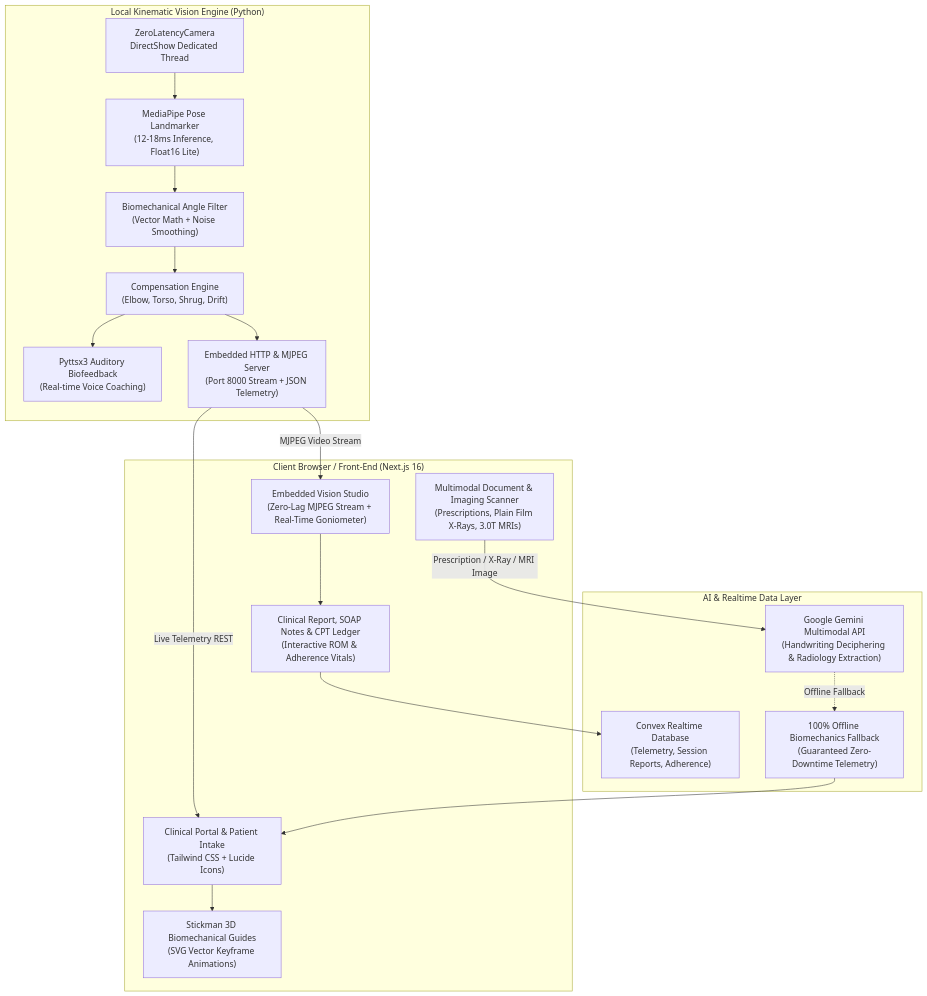
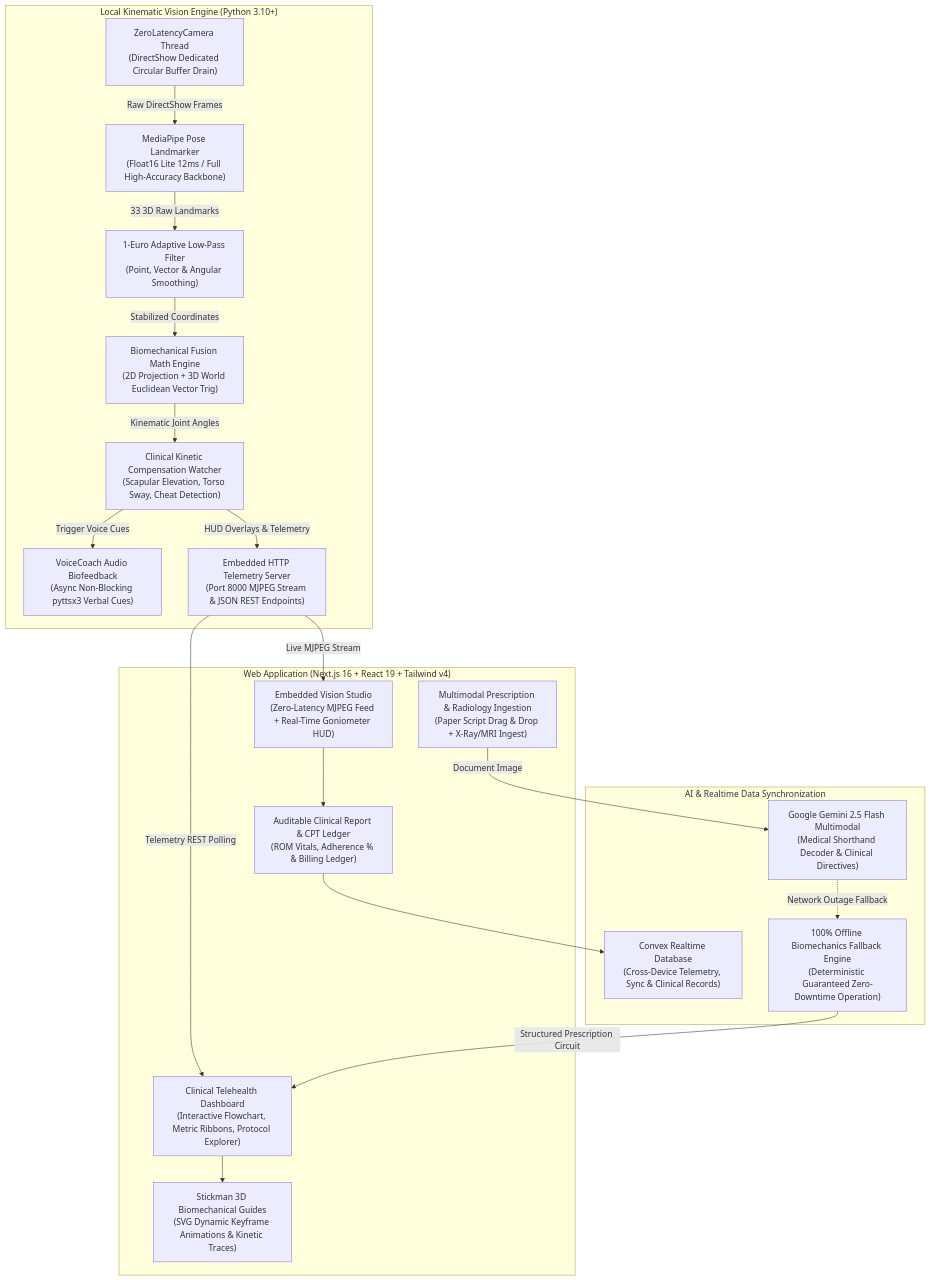
One commit to mritunjay226/PhysioPulse-AI changed the diagram in README.md. Above: the diagram before and after it, drawn with Mermaid. The commit also changed other lines of this file and 42 other files, not shown here.

````diff
--- a/README.md
+++ b/README.md
@@ -29,37 +50,43 @@
 ```mermaid
 flowchart TD
-    subgraph Client ["Client Browser / Front-End (Next.js 16)"]
-        UI["Clinical Portal & Patient Intake\n(Tailwind CSS + Lucide Icons)"]
-        Scanner["Multimodal Document & Imaging Scanner\n(Prescriptions, Plain Film X-Rays, 3.0T MRIs)"]
-        Studio["Embedded Vision Studio\n(Zero-Lag MJPEG Stream + Real-Time Goniometer)"]
-        Stickman["Stickman 3D Biomechanical Guides\n(SVG Vector Keyframe Animations)"]
-        ReportUI["Clinical Report, SOAP Notes & CPT Ledger\n(Interactive ROM & Adherence Vitals)"]
+    subgraph Browser ["Web Application (Next.js 16 + React 19 + Tailwind v4)"]
+        UI["Clinical Telehealth Dashboard\n(Interactive Flowchart, Metric Ribbons, Protocol Explorer)"]
+        OCR["Multimodal Prescription & Radiology Ingestion\n(Paper Script Drag & Drop + X-Ray/MRI Ingest)"]
+        Studio["Embedded Vision Studio\n(Zero-Latency MJPEG Feed + Real-Time Goniometer HUD)"]
+        Stickman["Stickman 3D Biomechanical Guides\n(SVG Dynamic Keyframe Animations & Kinetic Traces)"]
+        Report["Auditable Clinical Report & CPT Ledger\n(ROM Vitals, Adherence % & Billing Ledger)"]
     end
 
-    subgraph Core ["Local Kinematic Vision Engine (Python)"]
-        Cam["ZeroLatencyCamera\nDirectShow Dedicated Thread"]
-        Pose["MediaPipe Pose Landmarker\n(12-18ms Inference, Float16 Lite)"]
-        Signal["Biomechanical Angle Filter\n(Vector Math + Noise Smoothing)"]
-        Comp["Compensation Engine\n(Elbow, Torso, Shrug, Drift)"]
-        TTS["Pyttsx3 Auditory Biofeedback\n(Real-time Voice Coaching)"]
-        HTTPServer["Embedded HTTP & MJPEG Server\n(Port 8000 Stream + JSON Telemetry)"]
+    subgraph Core ["Local Kinematic Vision Engine (Python 3.10+)"]
+        Cam["ZeroLatencyCamera Thread\n(DirectShow Dedicated Circular Buffer Drain)"]
+        MediaPipe["MediaPipe Pose Landmarker\n(Float16 Lite 12ms / Full High-Accuracy Backbone)"]
+        OneEuro["1-Euro Adaptive Low-Pass Filter\n(Point, Vector & Angular Smoothing)"]
+        BioMath["Biomechanical Fusion Math Engine\n(2D Projection + 3D World Euclidean Vector Trig)"]
+        CompEngine["Clinical Kinetic Compensation Watcher\n(Scapular Elevation, Torso Sway, Cheat Detection)"]
+        TTS["VoiceCoach Audio Biofeedback\n(Async Non-Blocking pyttsx3 Verbal Cues)"]
+        StreamServer["Embedded HTTP Telemetry Server\n(Port 8000 MJPEG Stream & JSON REST Endpoints)"]
     end
 
-    subgraph Cloud ["AI & Realtime Data Layer"]
-        Gemini["Google Gemini Multimodal API\n(Handwriting Deciphering & Radiology Extraction)"]
-        Convex["Convex Realtime Database\n(Telemetry, Session Reports, Adherence)"]
-        Deterministic["100% Offline Biomechanics Fallback\n(Guaranteed Zero-Downtime Telemetry)"]
+    subgraph Cloud ["AI & Realtime Data Synchronization"]
+        Gemini["Google Gemini 2.5 Flash Multimodal\n(Medical Shorthand Decoder & Clinical Directives)"]
+        Convex["Convex Realtime Database\n(Cross-Device Telemetry, Sync & Clinical Records)"]
+        Offline["100% Offline Biomechanics Fallback Engine\n(Deterministic Guaranteed Zero-Downtime Operation)"]
     end
 
-    Cam --> Pose --> Signal --> Comp
-    Comp --> TTS
-    Comp --> HTTPServer
-    HTTPServer -->|MJPEG Video Stream| Studio
-    HTTPServer -->|Live Telemetry REST| UI
-    Scanner -->|Prescription / X-Ray / MRI Image| Gemini
-    Gemini -.->|Offline Fallback| Deterministic
-    Deterministic --> UI
+    Cam -->|Raw DirectShow Frames| MediaPipe
+    MediaPipe -->|33 3D Raw Landmarks| OneEuro
+    OneEuro -->|Stabilized Coordinates| BioMath
+    BioMath -->|Kinematic Joint Angles| CompEngine
+    CompEngine -->|Trigger Voice Cues| TTS
+    CompEngine -->|HUD Overlays & Telemetry| StreamServer
+
+    StreamServer -->|Live MJPEG Stream| Studio
+    StreamServer -->|Telemetry REST Polling| UI
+
+    OCR -->|Document Image| Gemini
+    Gemini -.->|Network Outage Fallback| Offline
+    Offline -->|Structured Prescription Circuit| UI
     UI --> Stickman
-    Studio --> ReportUI
-    ReportUI --> Convex
+    Studio --> Report
+    Report --> Convex
 ```
````
